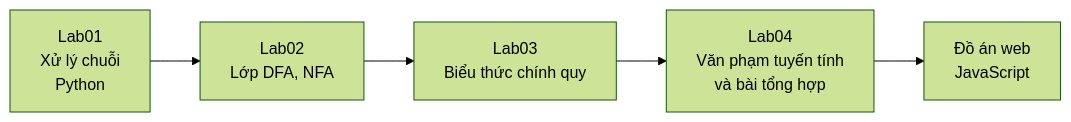
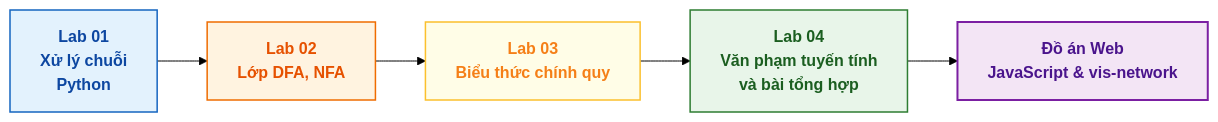
The sixth of 7 diagrams in README.md (huynhthanhphong231004IT/Theoretical_Computer_Science_CT121), drawn with Mermaid (forest theme) before and after one commit. The commit also changed other lines of this file, not shown here.

````diff
--- a/README.md
+++ b/README.md
@@ -294,7 +229,26 @@
 ```mermaid
 flowchart LR
-    L1["Lab01<br/>Xử lý chuỗi<br/>Python"] --> L2["Lab02<br/>Lớp DFA, NFA"]
-    L2 --> L3["Lab03<br/>Biểu thức chính quy"]
-    L3 --> L4["Lab04<br/>Văn phạm tuyến tính<br/>và bài tổng hợp"]
-    L4 --> W["Đồ án web<br/>JavaScript"]
+    %% Định nghĩa phong cách màu sắc chuẩn Academic (Nhiều màu, chuyên nghiệp)
+    classDef lab1 fill:#E3F2FD,stroke:#1565C0,stroke-width:1.5px,color:#0D47A1,font-weight:bold;
+    classDef lab2 fill:#FFF3E0,stroke:#EF6C00,stroke-width:1.5px,color:#E65100,font-weight:bold;
+    classDef lab3 fill:#FFFDE7,stroke:#FBC02D,stroke-width:1.5px,color:#F57F17,font-weight:bold;
+    classDef lab4 fill:#E8F5E9,stroke:#2E7D32,stroke-width:1.5px,color:#1B5E20,font-weight:bold;
+    classDef webProject fill:#F3E5F5,stroke:#7B1FA2,stroke-width:2px,color:#4A148C,font-weight:bold;
+
+    %% Các nút trong sơ đồ (đã ngắt dòng chủ động tránh xén chữ)
+    L1["Lab 01<br/>Xử lý chuỗi<br/>Python"]:::lab1
+    
+    L2["Lab 02<br/>Lớp DFA, NFA"]:::lab2
+    
+    L3["Lab 03<br/>Biểu thức chính quy"]:::lab3
+    
+    L4["Lab 04<br/>Văn phạm tuyến tính<br/>và bài tổng hợp"]:::lab4
+    
+    W["Đồ án Web<br/>JavaScript & vis-network"]:::webProject
+
+    %% Luồng liên kết tiến trình
+    L1 --> L2
+    L2 --> L3
+    L3 --> L4
+    L4 --> W
 ```
````
